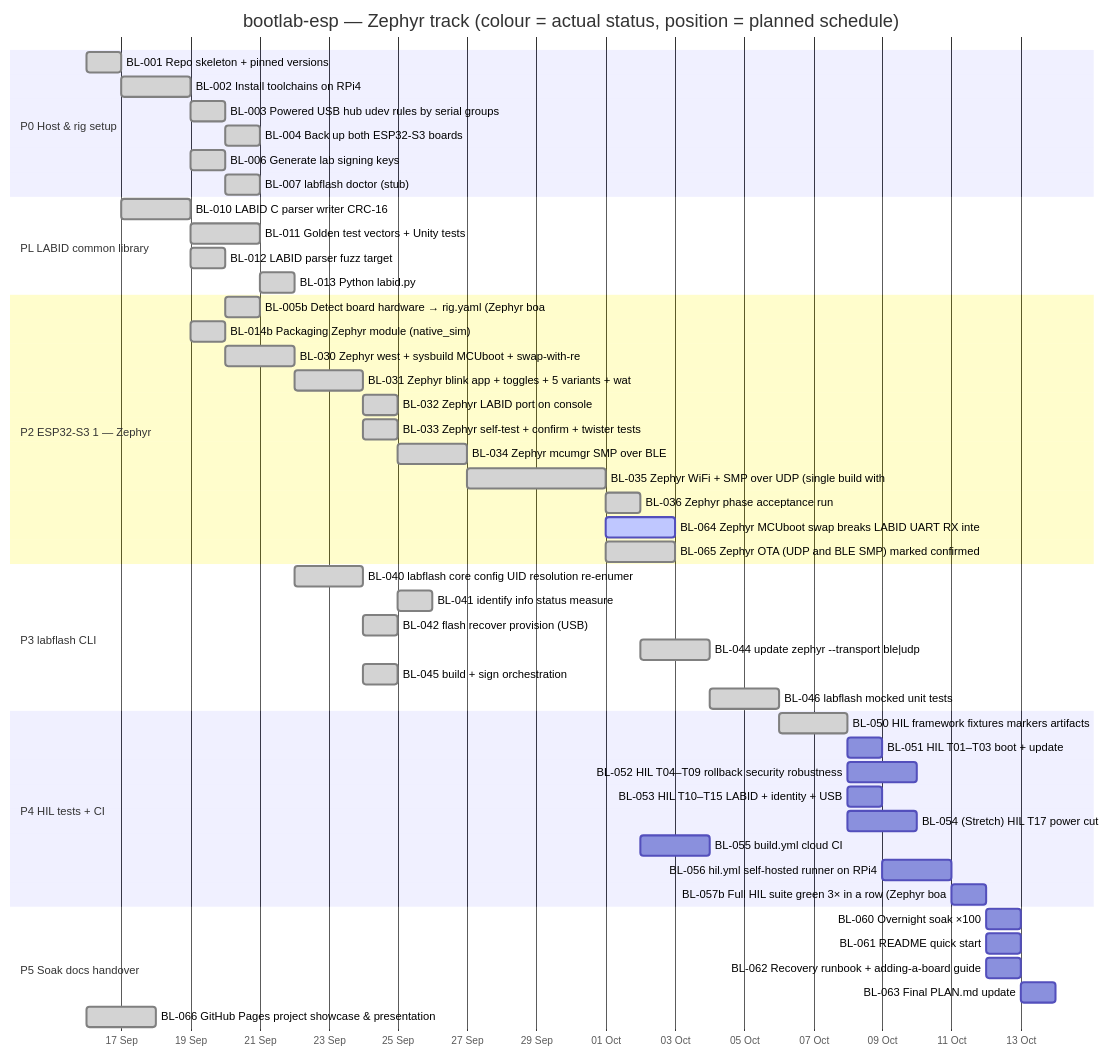
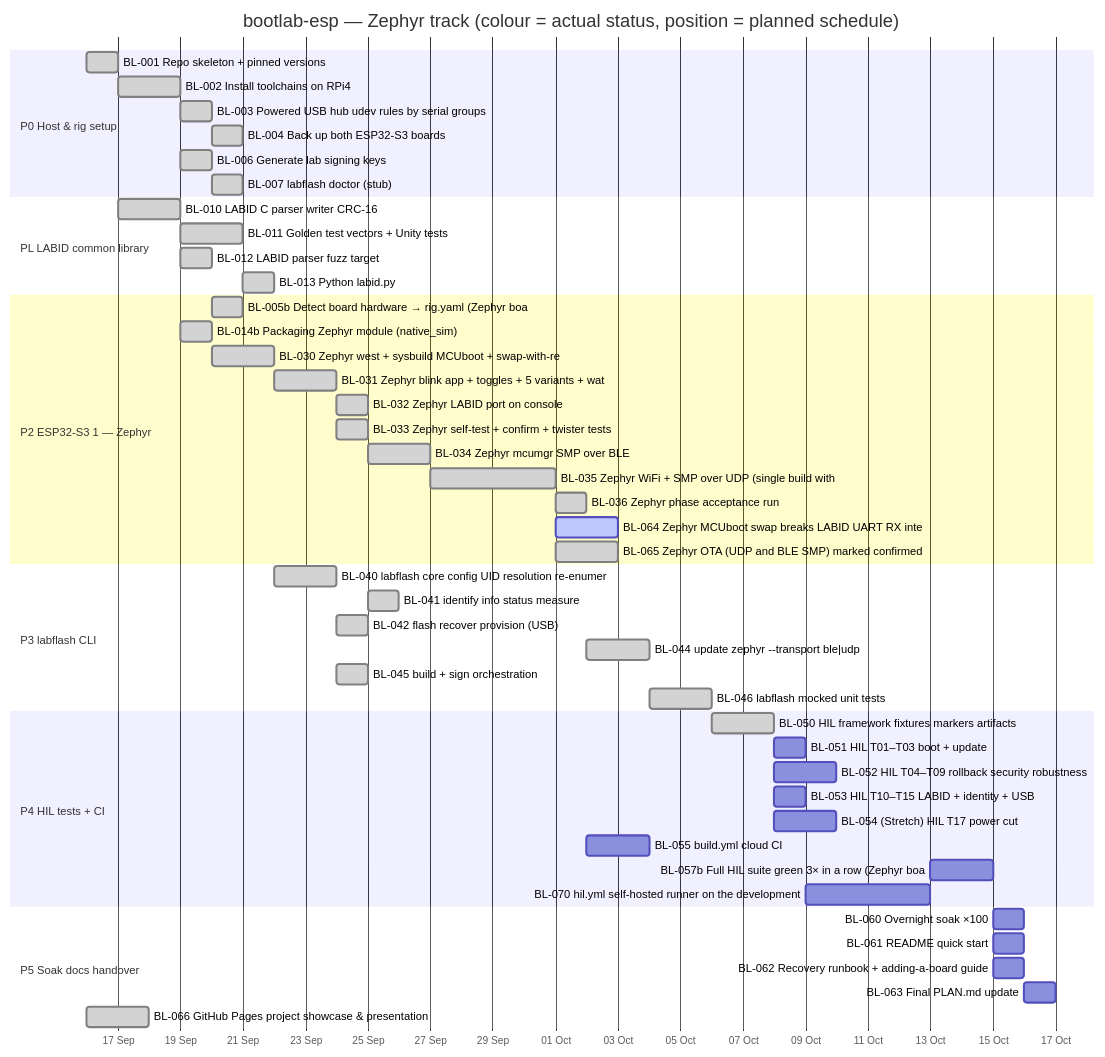
Before and after one commit to mohamed-soubhi/bootlab-esp: the second of 2 diagrams in tickets/GANTT.md, drawn with Mermaid. The commit also changed other lines of this file and 5 other files, not shown here.

First line of the commit message:
docs(tickets): cancel RPi4-dependent tickets; redo them on the development machine

````diff
--- a/tickets/GANTT.md
+++ b/tickets/GANTT.md
@@ -116,53 +117,53 @@
 ```mermaid
 gantt
     title bootlab-esp — Zephyr track (colour = actual status, position = planned schedule)
     dateFormat YYYY-MM-DD
     axisFormat %d %b
     todayMarker stroke-width:3px,stroke:#f80,opacity:0.7
     section P0 Host & rig setup
     BL-001 Repo skeleton + pinned versions :done, bl001, 2026-09-16, 1d
     BL-002 Install toolchains on RPi4 :done, bl002, 2026-09-17, 2d
     BL-003 Powered USB hub udev rules by serial groups :done, bl003, 2026-09-19, 1d
     BL-004 Back up both ESP32-S3 boards :done, bl004, 2026-09-20, 1d
     BL-006 Generate lab signing keys :done, bl006, 2026-09-19, 1d
     BL-007 labflash doctor (stub) :done, bl007, 2026-09-20, 1d
     section PL LABID common library
     BL-010 LABID C parser writer CRC-16 :done, bl010, 2026-09-17, 2d
     BL-011 Golden test vectors + Unity tests :done, bl011, 2026-09-19, 2d
     BL-012 LABID parser fuzz target :done, bl012, 2026-09-19, 1d
     BL-013 Python labid.py :done, bl013, 2026-09-21, 1d
     section P2 ESP32-S3 1 — Zephyr
     BL-005b Detect board hardware → rig.yaml (Zephyr boa :done, bl005b, 2026-09-20, 1d
     BL-014b Packaging Zephyr module (native_sim) :done, bl014b, 2026-09-19, 1d
     BL-030 Zephyr west + sysbuild MCUboot + swap-with-re :done, bl030, 2026-09-20, 2d
     BL-031 Zephyr blink app + toggles + 5 variants + wat :done, bl031, 2026-09-22, 2d
     BL-032 Zephyr LABID port on console :done, bl032, 2026-09-24, 1d
     BL-033 Zephyr self-test + confirm + twister tests :done, bl033, 2026-09-24, 1d
     BL-034 Zephyr mcumgr SMP over BLE :done, bl034, 2026-09-25, 2d
     BL-035 Zephyr WiFi + SMP over UDP (single build with :done, bl035, 2026-09-27, 4d
     BL-036 Zephyr phase acceptance run :done, bl036, 2026-10-01, 1d
     BL-064 Zephyr MCUboot swap breaks LABID UART RX inte :active, bl064, 2026-10-01, 2d
     BL-065 Zephyr OTA (UDP and BLE SMP) marked confirmed :done, bl065, 2026-10-01, 2d
     section P3 labflash CLI
     BL-040 labflash core config UID resolution re-enumer :done, bl040, 2026-09-22, 2d
     BL-041 identify info status measure :done, bl041, 2026-09-25, 1d
     BL-042 flash recover provision (USB) :done, bl042, 2026-09-24, 1d
     BL-044 update zephyr --transport ble|udp :done, bl044, 2026-10-02, 2d
     BL-045 build + sign orchestration :done, bl045, 2026-09-24, 1d
     BL-046 labflash mocked unit tests :done, bl046, 2026-10-04, 2d
     section P4 HIL tests + CI
     BL-050 HIL framework fixtures markers artifacts :done, bl050, 2026-10-06, 2d
     BL-051 HIL T01–T03 boot + update :bl051, 2026-10-08, 1d
     BL-052 HIL T04–T09 rollback security robustness :bl052, 2026-10-08, 2d
     BL-053 HIL T10–T15 LABID + identity + USB :bl053, 2026-10-08, 1d
     BL-054 (Stretch) HIL T17 power cut :bl054, 2026-10-08, 2d
     BL-055 build.yml cloud CI :bl055, 2026-10-02, 2d
-    BL-056 hil.yml self-hosted runner on RPi4 :bl056, 2026-10-09, 2d
-    BL-057b Full HIL suite green 3× in a row (Zephyr boa :bl057b, 2026-10-11, 1d
+    BL-057b Full HIL suite green 3× in a row (Zephyr boa :bl057b, 2026-10-13, 2d
+    BL-070 hil.yml self-hosted runner on the development :bl070, 2026-10-09, 4d
     section P5 Soak docs handover
-    BL-060 Overnight soak ×100 :bl060, 2026-10-12, 1d
-    BL-061 README quick start :bl061, 2026-10-12, 1d
-    BL-062 Recovery runbook + adding-a-board guide :bl062, 2026-10-12, 1d
-    BL-063 Final PLAN.md update :bl063, 2026-10-13, 1d
+    BL-060 Overnight soak ×100 :bl060, 2026-10-15, 1d
+    BL-061 README quick start :bl061, 2026-10-15, 1d
+    BL-062 Recovery runbook + adding-a-board guide :bl062, 2026-10-15, 1d
+    BL-063 Final PLAN.md update :bl063, 2026-10-16, 1d
     BL-066 GitHub Pages project showcase & presentation :done, bl066, 2026-09-16, 2d
 ```
````
